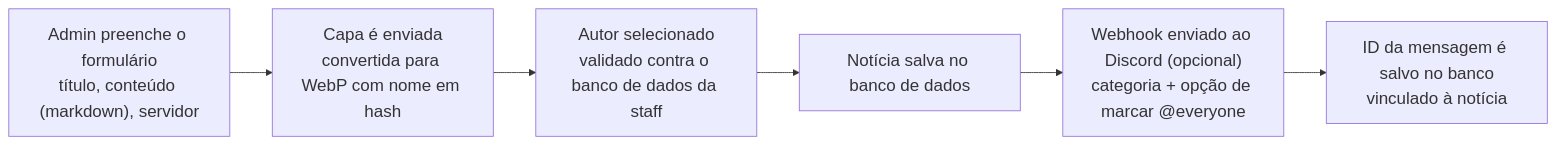
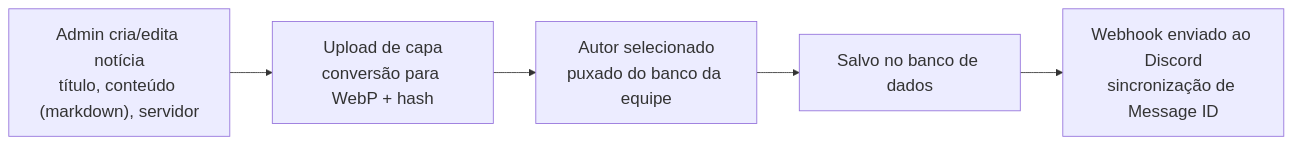
One commit to Thiagoalfs/RedeNerds changed the diagram in README.md. Above: the diagram before and after it, drawn with Mermaid. The commit also changed other lines of this file, not shown here.

````diff
--- a/README.md
+++ b/README.md
@@ -63,9 +68,8 @@
 ```mermaid
 %%{init: {'themeVariables': {'fontSize': '20px'}}}%%
 flowchart LR
-    A["Admin preenche o formulário<br/>título, conteúdo (markdown), servidor"] --> B["Capa é enviada<br/>convertida para WebP com nome em hash"]
-    B --> C["Autor selecionado<br/>validado contra o banco de dados da staff"]
-    C --> D["Notícia salva no banco de dados"]
-    D --> E["Webhook enviado ao Discord (opcional)<br/>categoria + opção de marcar @everyone"]
-    E --> F["ID da mensagem é salvo no banco<br/>vinculado à notícia"]
+    A["Admin cria/edita notícia<br/>título, conteúdo (markdown), servidor"] --> B["Upload de capa<br/>conversão para WebP + hash"]
+    B --> C["Autor selecionado<br/>puxado do banco da equipe"]
+    C --> D["Salvo no banco de dados"]
+    D --> E["Webhook enviado ao Discord<br/>sincronização de Message ID"]
 ```
````
